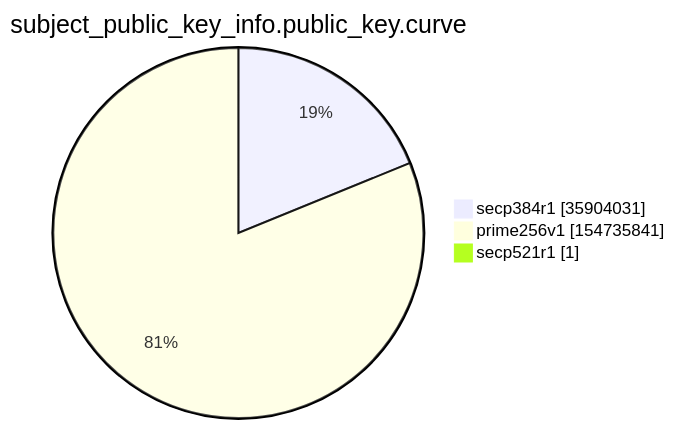
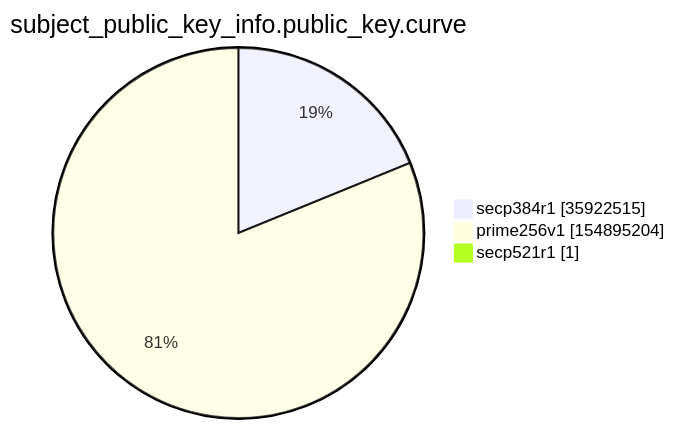
The ninth of 15 diagrams in argon2022/README.md (christiankrug/ctmonitor_visualization), drawn with Mermaid before and after one commit. The commit also changed other lines of this file, not shown here.

````diff
--- a/argon2022/README.md
+++ b/argon2022/README.md
@@ -2766,7 +2766,7 @@
 ```mermaid
 pie showData
 title subject_public_key_info.public_key.curve
-"secp384r1" :35904031
-"prime256v1" :154735841
+"secp384r1" :35922515
+"prime256v1" :154895204
 "secp521r1" :1
 ```
````
